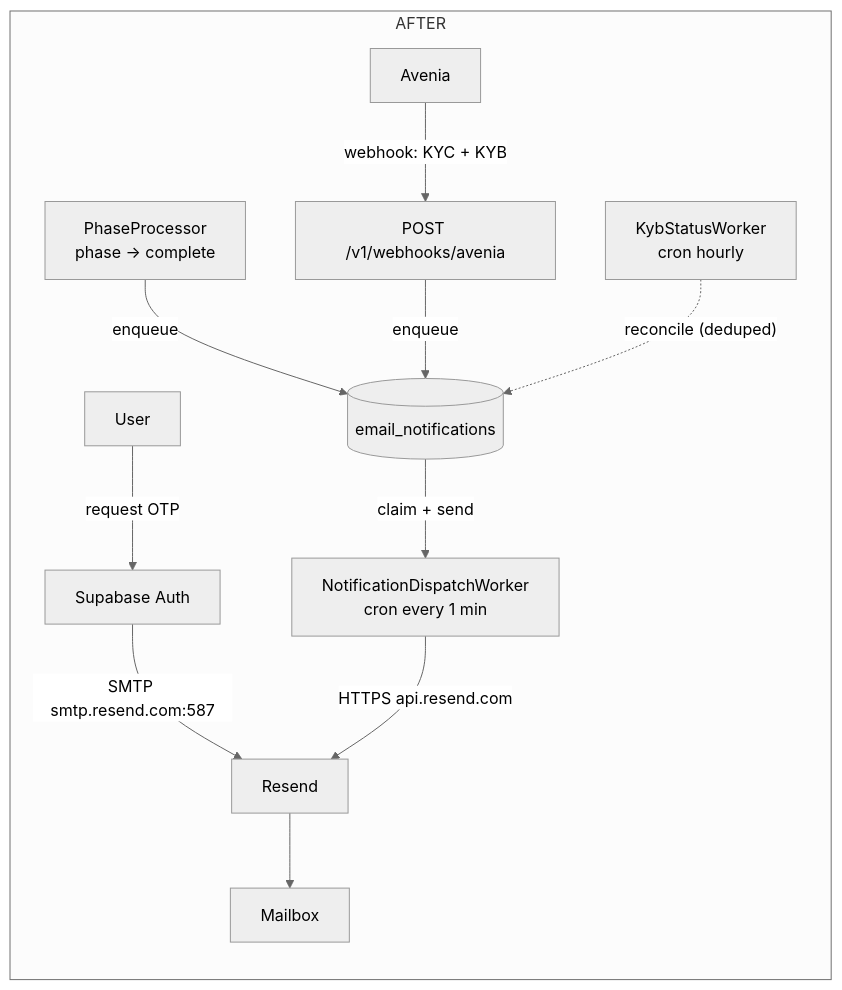
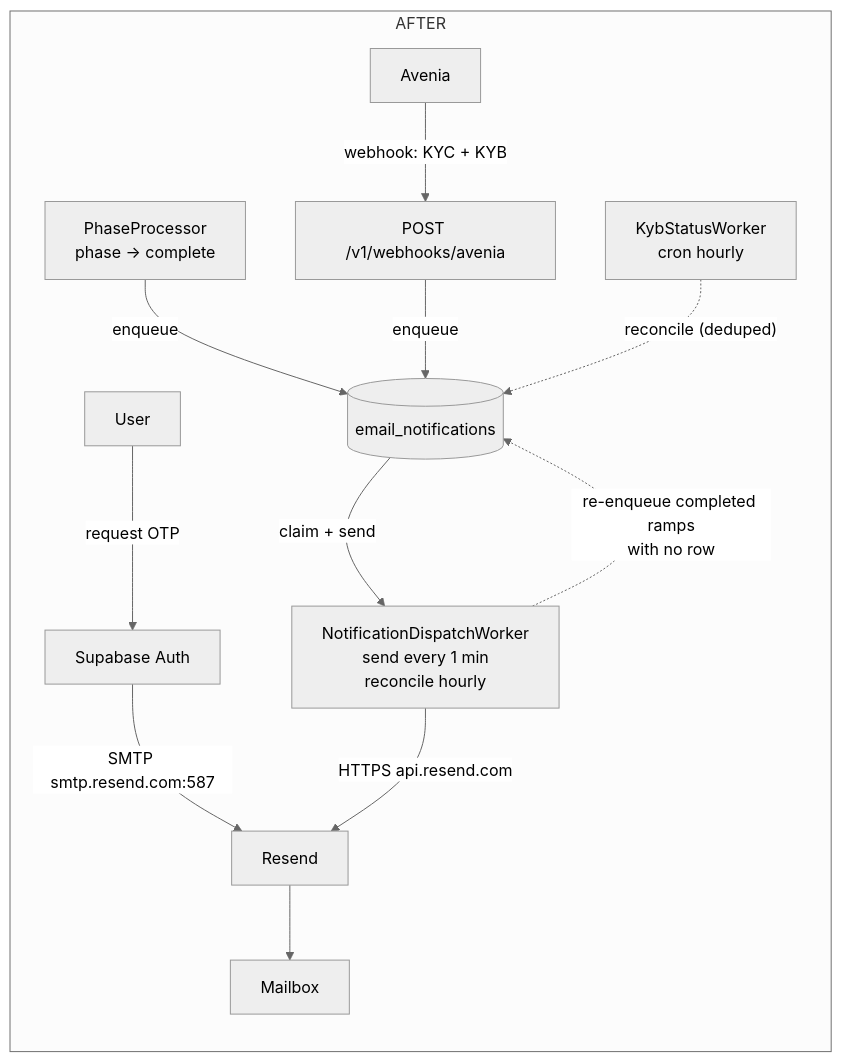
The second of 8 diagrams in docs/architecture/email-notifications.md (pendulum-chain/vortex), drawn with Mermaid (neutral theme) before and after one commit. The commit also changed other lines of this file and 4 other files, not shown here.

````diff
--- a/docs/architecture/email-notifications.md
+++ b/docs/architecture/email-notifications.md
@@ -37,16 +37,17 @@
 ```mermaid
 flowchart LR
   subgraph after["AFTER"]
     U2[User] -->|request OTP| SB2[Supabase Auth]
     SB2 -->|"SMTP smtp.resend.com:587"| R[Resend]
 
     RS["PhaseProcessor<br/>phase → complete"] -->|enqueue| Q[(email_notifications)]
     AV["Avenia"] -->|"webhook: KYC + KYB"| WH["POST /v1/webhooks/avenia"]
     WH -->|enqueue| Q
     KW["KybStatusWorker<br/>cron hourly"] -.->|"reconcile (deduped)"| Q
-    Q -->|claim + send| NDW["NotificationDispatchWorker<br/>cron every 1 min"]
+    Q -->|claim + send| NDW["NotificationDispatchWorker<br/>send every 1 min<br/>reconcile hourly"]
+    NDW -.->|"re-enqueue completed ramps<br/>with no row"| Q
     NDW -->|"HTTPS api.resend.com"| R
 
     R --> MB2[Mailbox]
   end
 ```
````
